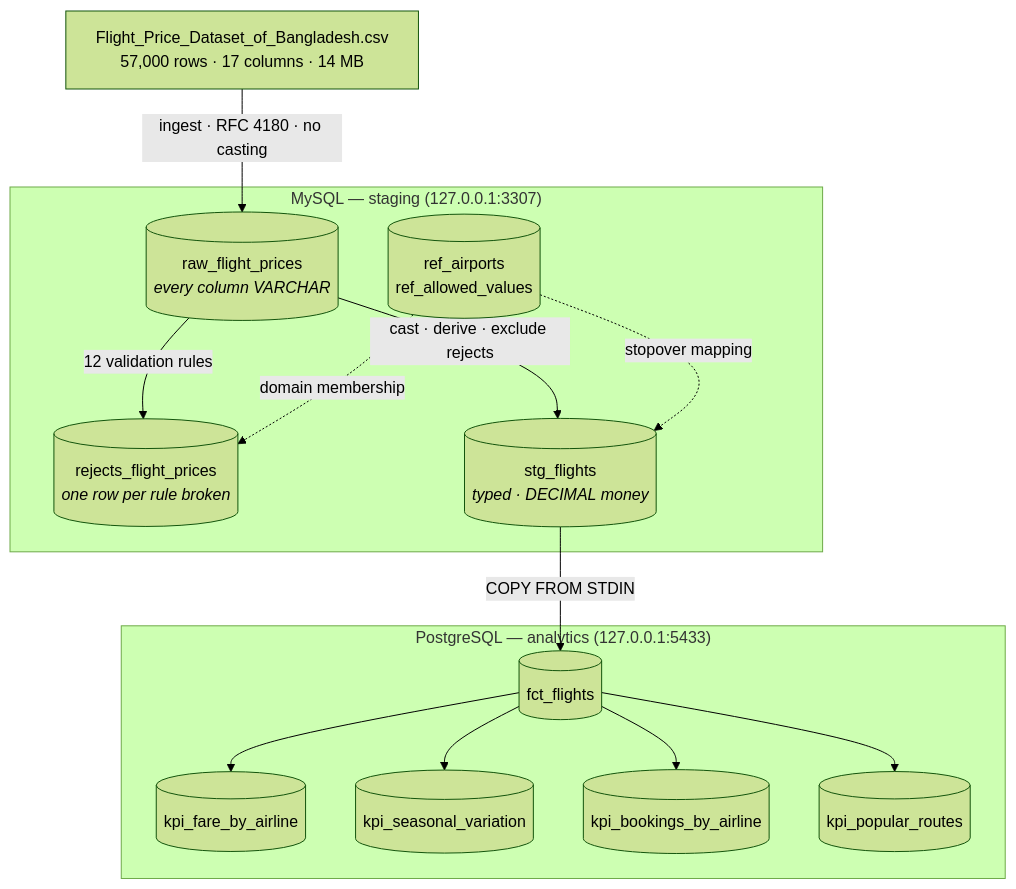
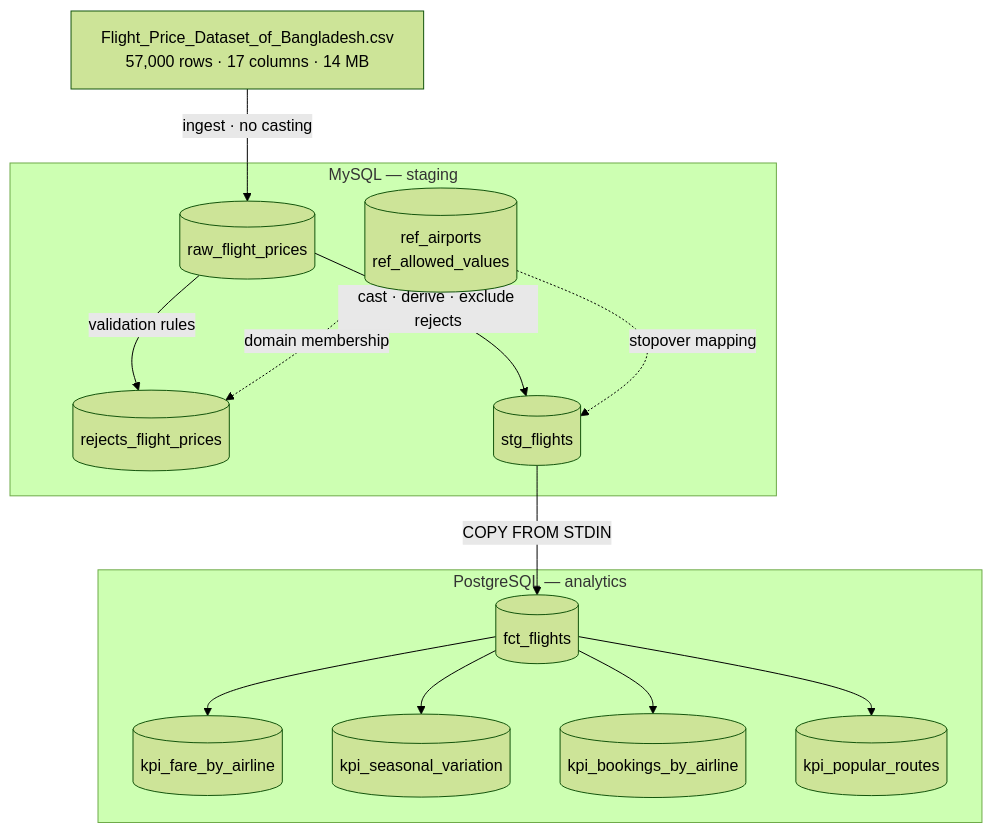
One commit to josephforson285/airflow-flight-price-analysis changed the diagram in README.md. Above: the diagram before and after it, drawn with Mermaid (forest theme). The commit also changed other lines of this file and 2 other files, not shown here.

````diff
--- a/README.md
+++ b/README.md
@@ -47,31 +46,31 @@
 ```mermaid
 flowchart TD
-    CSV["Flight_Price_Dataset_of_Bangladesh.csv<br>57,000 rows · 17 columns · 14 MB"]
+    CSV["Flight_Price_Dataset_of_Bangladesh.csv<br>57,000 rows · 17 columns · 14 MB "]
 
-    subgraph staging["MySQL — staging (127.0.0.1:3307)"]
-        RAW[("raw_flight_prices<br><i>every column VARCHAR</i>")]
-        REJ[("rejects_flight_prices<br><i>one row per rule broken</i>")]
-        STG[("stg_flights<br><i>typed · DECIMAL money</i>")]
+    subgraph staging["MySQL — staging "]
+        RAW[("raw_flight_prices<br>")]
+        REJ[("rejects_flight_prices<br>")]
+        STG[("stg_flights<br>")]
         REF[("ref_airports<br>ref_allowed_values")]
     end
 
-    subgraph analytics["PostgreSQL — analytics (127.0.0.1:5433)"]
+    subgraph analytics["PostgreSQL — analytics"]
         FCT[("fct_flights")]
         K1[("kpi_fare_by_airline")]
         K2[("kpi_seasonal_variation")]
         K3[("kpi_bookings_by_airline")]
         K4[("kpi_popular_routes")]
     end
 
-    CSV -->|"ingest · RFC 4180 · no casting"| RAW
-    RAW -->|"12 validation rules"| REJ
+    CSV -->|"ingest  · no casting"| RAW
+    RAW -->|"validation rules"| REJ
     RAW -->|"cast · derive · exclude rejects"| STG
     STG -->|"COPY FROM STDIN"| FCT
 
     REF -. "domain membership" .-> REJ
     REF -. "stopover mapping" .-> STG
     FCT --> K1
     FCT --> K2
     FCT --> K3
     FCT --> K4
 ```
````
